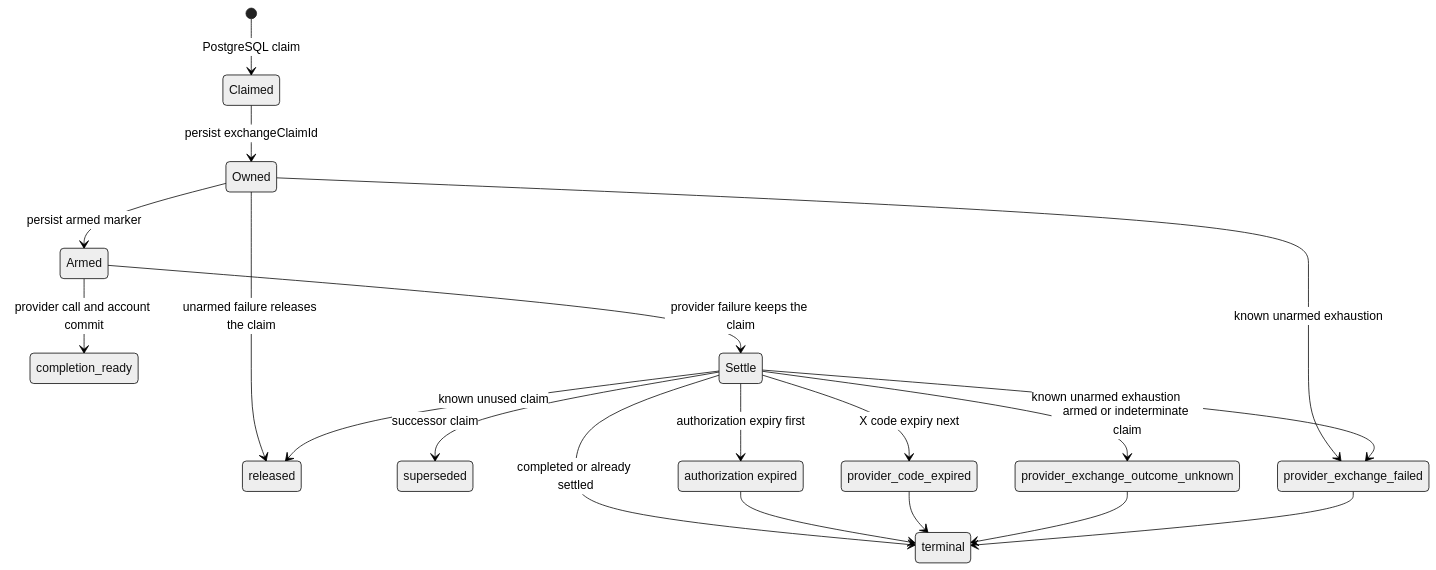
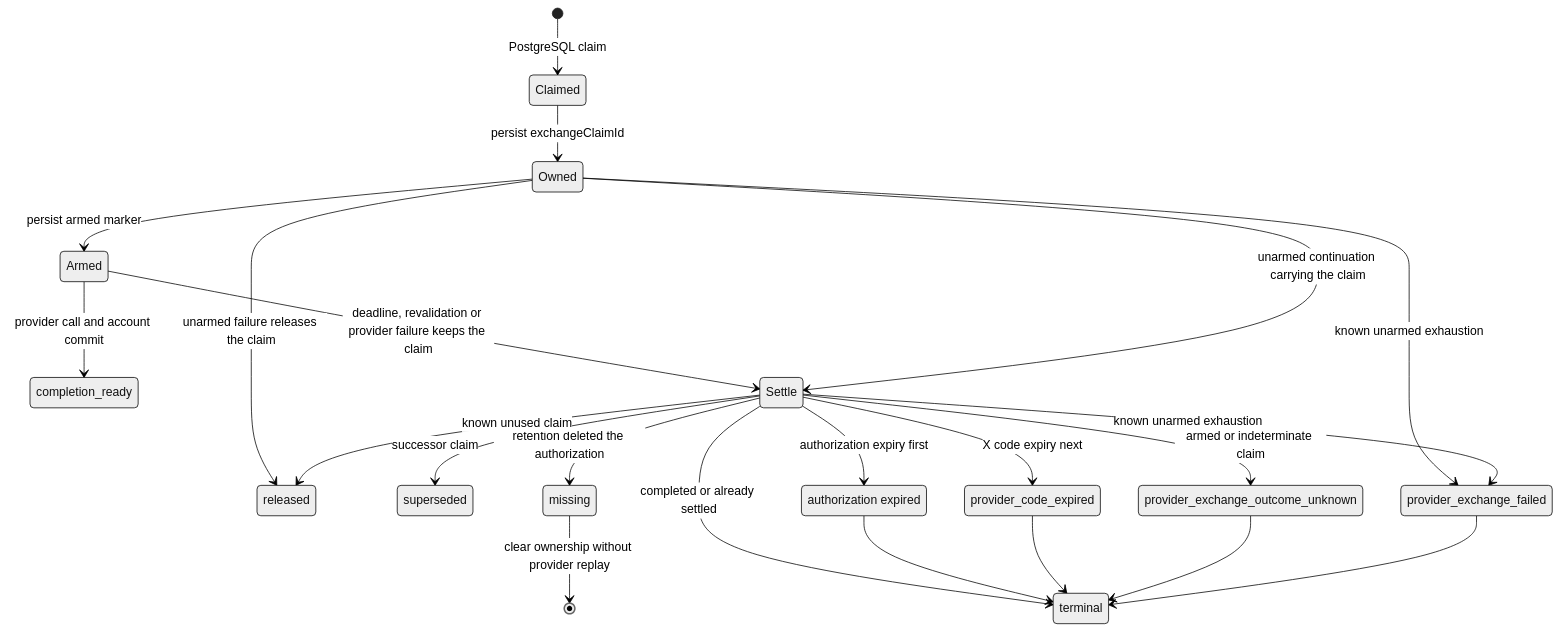
Before and after one commit to vouchington/vouchington: the diagram in docs/overview/architecture/services/oauth/README.md, drawn with Mermaid (neutral theme). The commit also changed other lines of this file, not shown here.

First line of the commit message:
docs(oauth): show pre-admission, unarmed-settle, and missing exchange paths

````diff
--- a/docs/overview/architecture/services/oauth/README.md
+++ b/docs/overview/architecture/services/oauth/README.md
@@ -147,33 +147,37 @@
 ```mermaid
 stateDiagram-v2
   state "completion_ready" as CompletionReady
   state "released" as Released
   state "superseded" as Superseded
   state "terminal" as Terminal
   state "authorization expired" as Expired
   state "provider_code_expired" as CodeExpired
   state "provider_exchange_outcome_unknown" as OutcomeUnknown
   state "provider_exchange_failed" as ExchangeFailed
+  state "missing" as Missing
 
   [*] --> Claimed: PostgreSQL claim
   Claimed --> Owned: persist exchangeClaimId
   Owned --> Armed: persist armed marker
   Armed --> CompletionReady: provider call and account commit
 
   Owned --> Released: unarmed failure releases the claim
   Owned --> ExchangeFailed: known unarmed exhaustion
 
-  Armed --> Settle: provider failure keeps the claim
+  Armed --> Settle: deadline, revalidation or provider failure keeps the claim
+  Owned --> Settle: unarmed continuation carrying the claim
+  Settle --> Missing: retention deleted the authorization
   Settle --> Expired: authorization expiry first
   Settle --> CodeExpired: X code expiry next
   Settle --> OutcomeUnknown: armed or indeterminate claim
   Settle --> ExchangeFailed: known unarmed exhaustion
   Settle --> Released: known unused claim
   Settle --> Superseded: successor claim
   Settle --> Terminal: completed or already settled
 
   Expired --> Terminal
   CodeExpired --> Terminal
   OutcomeUnknown --> Terminal
   ExchangeFailed --> Terminal
+  Missing --> [*]: clear ownership without provider replay
 ```
````
